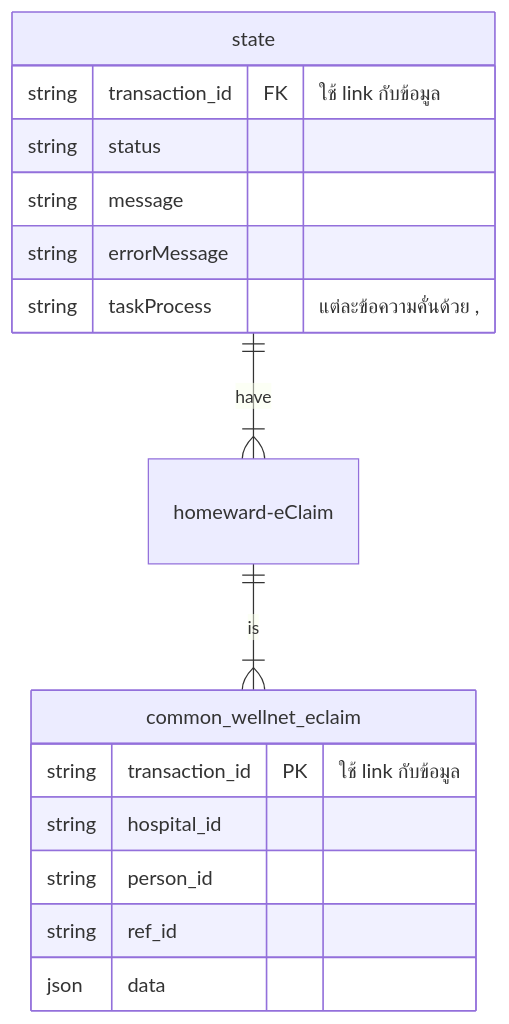
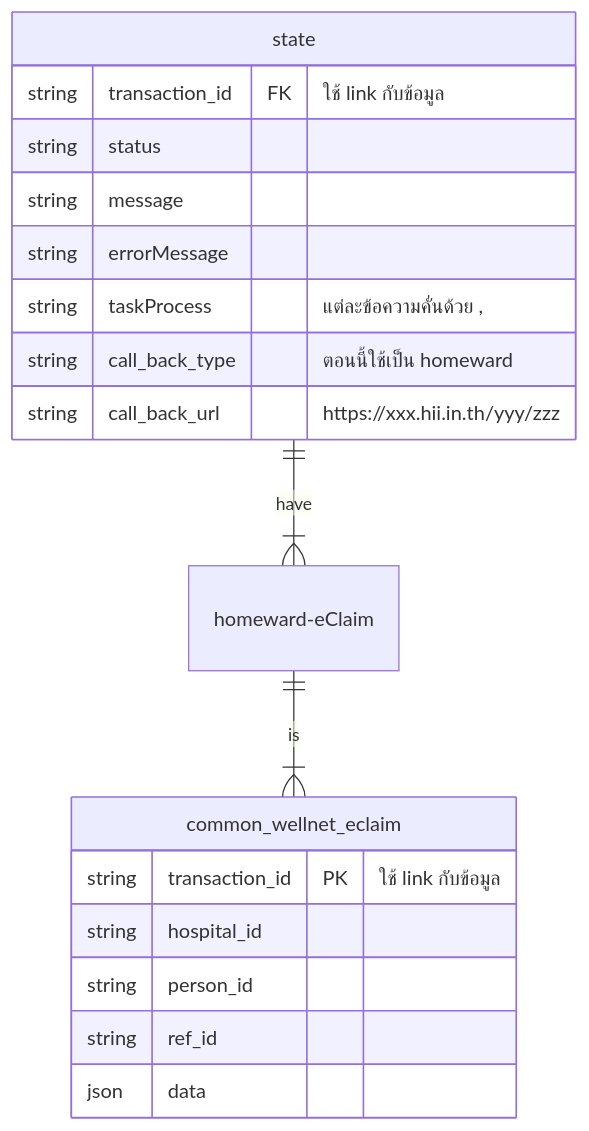
Before and after one commit to hii-in-th/16file_eclaim_design: the third of 5 diagrams in README.MD, drawn with Mermaid. The commit also changed other lines of this file, not shown here.

Commit message:
update flow

````diff
--- a/README.MD
+++ b/README.MD
@@ -52,21 +58,23 @@
 ```mermaid
 erDiagram
     homeward-eClaim ||--|{ common_wellnet_eclaim : "is"
     state ||--|{ homeward-eClaim : "have"
     common_wellnet_eclaim {
         string transaction_id PK "ใช้ link กับข้อมูล"
         string hospital_id
         string person_id
         string ref_id
         json data
     }
     state {
         string transaction_id FK "ใช้ link กับข้อมูล"
         string status
         string message
         string errorMessage
         string taskProcess "แต่ละข้อความคั่นด้วย ,"
+        string call_back_type "ตอนนี้ใช้เป็น homeward"
+        string call_back_url "https://xxx.hii.in.th/yyy/zzz"
     }
 
 
 ```
````
